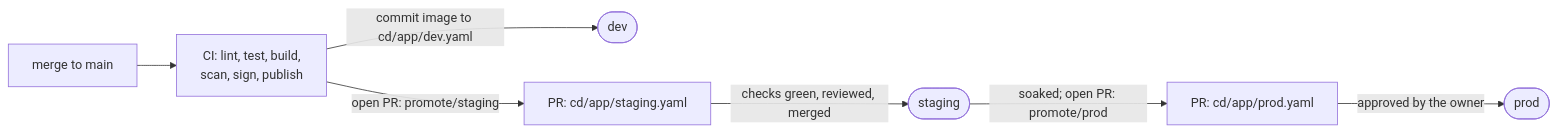
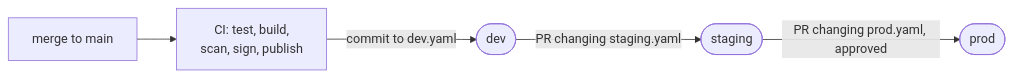
Before and after one commit to iantest11111989/orders-gateway-platform: the diagram in docs/ci-cd-in-production.md, drawn with Mermaid. The commit also changed other lines of this file and 34 other files, not shown here.

````diff
--- a/docs/ci-cd-in-production.md
+++ b/docs/ci-cd-in-production.md
@@ -55,9 +54,7 @@
 ```mermaid
 flowchart LR
-  merge["merge to main"] --> ci["CI: lint, test, build,<br/>scan, sign, publish"]
-  ci -->|"commit image to cd/app/dev.yaml"| dev(["dev"])
-  ci -->|"open PR: promote/staging"| st["PR: cd/app/staging.yaml"]
-  st -->|"checks green, reviewed, merged"| stg(["staging"])
-  stg -->|"soaked; open PR: promote/prod"| pr["PR: cd/app/prod.yaml"]
-  pr -->|"approved by the owner"| prod(["prod"])
+  merge["merge to main"] --> ci["CI: test, build,<br/>scan, sign, publish"]
+  ci -->|"commit to dev.yaml"| dev(["dev"])
+  dev -->|"PR changing staging.yaml"| stg(["staging"])
+  stg -->|"PR changing prod.yaml, approved"| prod(["prod"])
 ```
````
